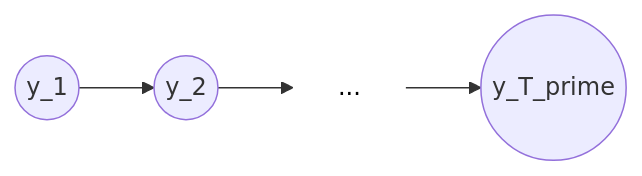
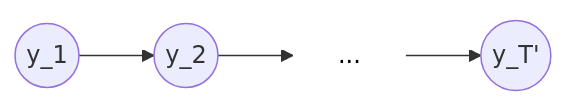
One commit to rioultf/llmapp changed the third of 17 diagrams in 001.Attention.md. Above: the diagram before and after it, drawn with Mermaid.

Commit message:
docs: corrige le label y_T' du diagramme

````diff
--- a/001.Attention.md
+++ b/001.Attention.md
@@ -61,7 +61,7 @@
 ```mermaid
 flowchart LR
     y1((y_1)) --> y2((y_2))
     y2 --> dotsOut["..."]
-    dotsOut --> yT((y_T_prime))
+    dotsOut --> yT((y_T'))
     style dotsOut fill:transparent,stroke:none,color:#000000
 ```
````
